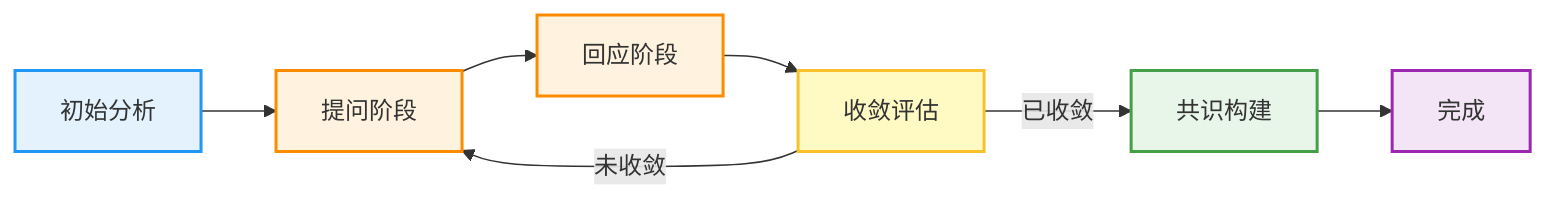
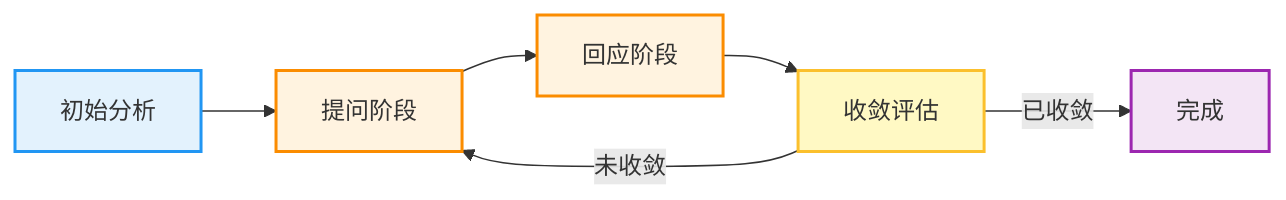
One commit to ecwu/ecwu.github.io.source changed the diagram in content/post/agentic-academic-literature-understanding-1.5-cn.md. Above: the diagram before and after it, drawn with Mermaid. The commit also changed other lines of this file, not shown here.

```diff
--- a/content/post/agentic-academic-literature-understanding-1.5-cn.md
+++ b/content/post/agentic-academic-literature-understanding-1.5-cn.md
@@ -224,23 +104,20 @@
 {{< mermaid >}}
 flowchart LR
     A[初始分析]
     B[提问阶段]
     C[回应阶段]
     D[收敛评估]
-    E[共识构建]
     F[完成]
-    
+
     A --> B
     B --> C
     C --> D
     D -->|未收敛| B
-    D -->|已收敛| E
-    E --> F
-    
+    D -->|已收敛| F
+
     style A fill:#E3F2FD,stroke:#2196F3,stroke-width:2px
     style B fill:#FFF3E0,stroke:#FB8C00,stroke-width:2px
     style C fill:#FFF3E0,stroke:#FB8C00,stroke-width:2px
     style D fill:#FFF9C4,stroke:#FBC02D,stroke-width:2px
-    style E fill:#E8F5E9,stroke:#43A047,stroke-width:2px
     style F fill:#F3E5F5,stroke:#9C27B0,stroke-width:2px
 {{</mermaid>}}
```
